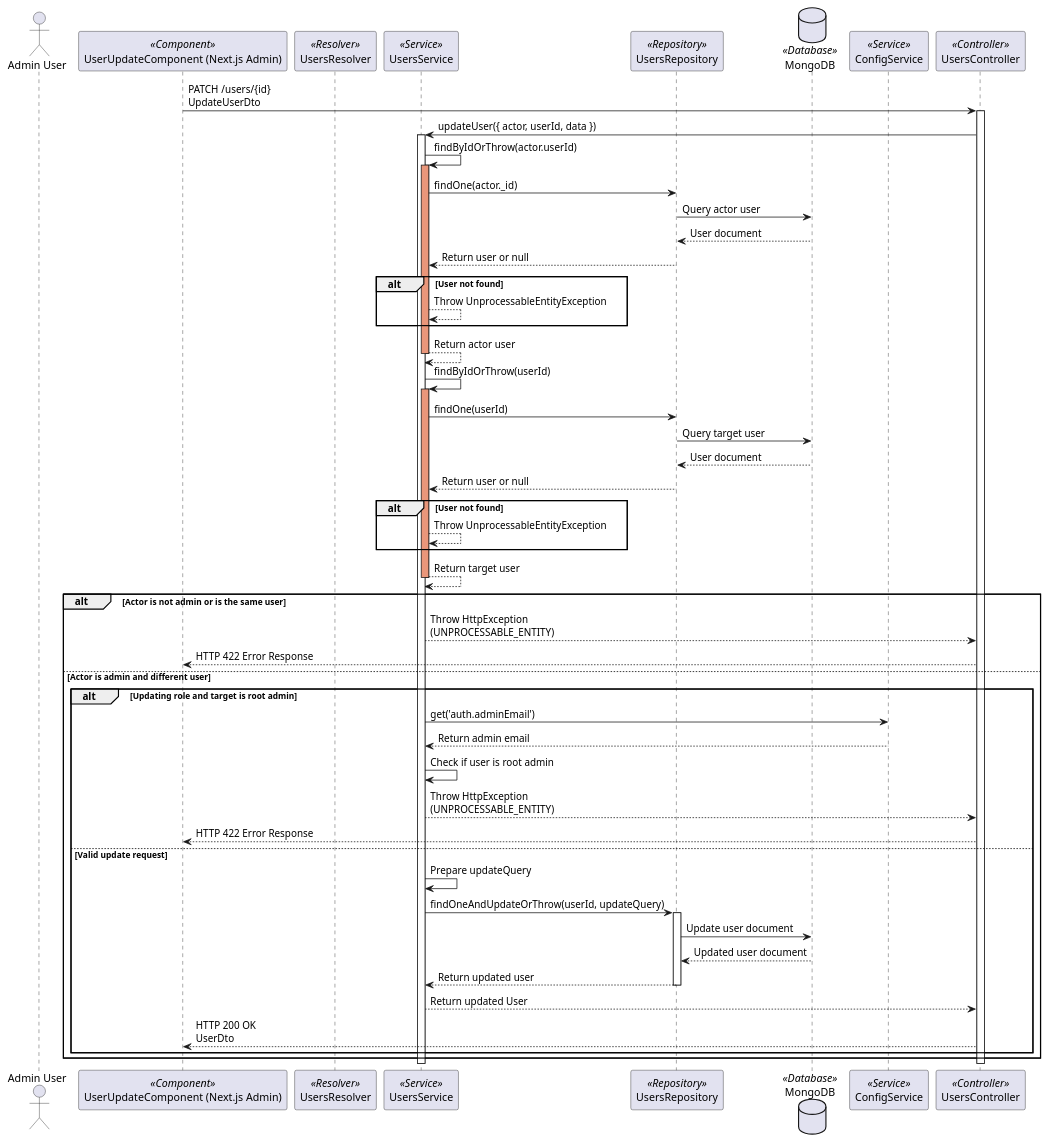
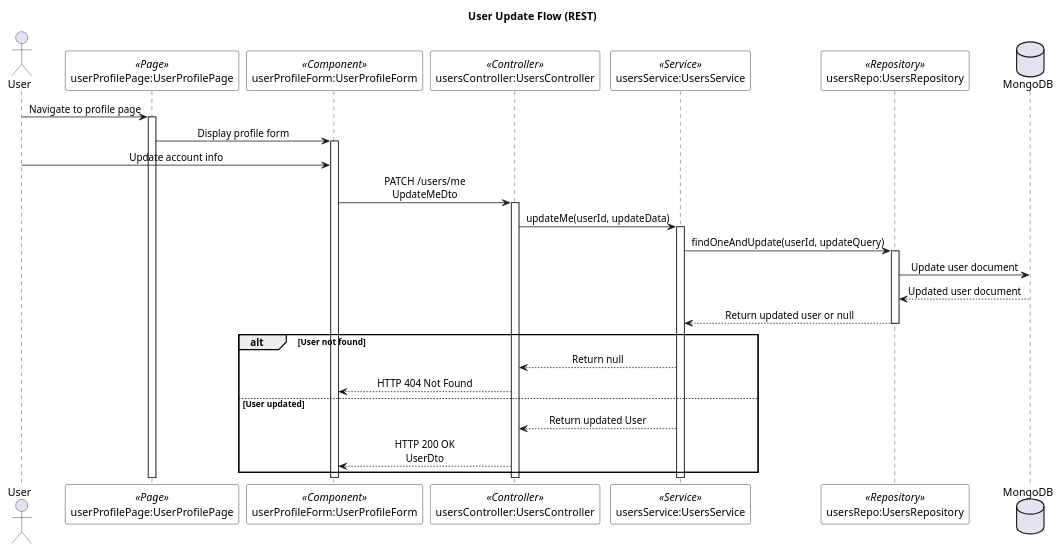
One commit to lehuygiang28/vphim changed the diagram in documents/diagram/sequences/users/user-update-flow.puml. Above: the diagram before and after it, drawn with PlantUML. The commit also changed 7 other files, not shown here.

First line of the commit message:
refactor(diagrams/sequences/users): 🛠️ update user flow diagrams for clarity and consistency

```diff
--- a/documents/diagram/sequences/users/user-update-flow.puml
+++ b/documents/diagram/sequences/users/user-update-flow.puml
@@ -1,74 +1,56 @@
 @startuml User Update Flow
 
-actor "Admin User" as adminUser
-participant "UserUpdateComponent (Next.js Admin)" as userUpdateComponent <<Component>>
-participant "UsersResolver" as usersResolver <<Resolver>>
-participant "UsersService" as usersService <<Service>>
-participant "UsersRepository" as usersRepository <<Repository>>
-database "MongoDB" as mongoDB <<Database>>
-participant "ConfigService" as configService <<Service>>
-participant "UsersController" as usersController <<Controller>>
+skinparam SequenceMessageAlignment center
+skinparam SequenceBoxBackgroundColor white
+skinparam SequenceBoxBorderColor black
+skinparam NoteBackgroundColor lightyellow
+skinparam NoteBorderColor black
+skinparam ParticipantBackgroundColor white
+skinparam ParticipantBorderColor black
 
+title User Update Flow (REST)
 
+actor "User" as user
+participant "userProfilePage:UserProfilePage" as userProfilePage <<Page>>
+participant "userProfileForm:UserProfileForm" as userProfileForm <<Component>>
+participant "usersController:UsersController" as usersController <<Controller>>
+participant "usersService:UsersService" as usersService <<Service>>
+participant "usersRepo:UsersRepository" as usersRepo <<Repository>>
+database "MongoDB" as mongoDB
 
-userUpdateComponent -> usersController: PATCH /users/{id}\nUpdateUserDto
+user -> userProfilePage : Navigate to profile page
+activate userProfilePage
+
+userProfilePage -> userProfileForm : Display profile form
+activate userProfileForm
+
+user -> userProfileForm : Update account info
+
+userProfileForm -> usersController : PATCH /users/me\nUpdateMeDto
 activate usersController
 
-usersController -> usersService: updateUser({ actor, userId, data })
+usersController -> usersService : updateMe(userId, updateData)
 activate usersService
 
-usersService -> usersService: findByIdOrThrow(actor.userId)
-activate usersService #DarkSalmon
-usersService -> usersRepository: findOne(actor._id)
-usersRepository -> mongoDB: Query actor user
-mongoDB --> usersRepository: User document
-usersRepository --> usersService: Return user or null
+usersService -> usersRepo : findOneAndUpdate(userId, updateQuery)
+activate usersRepo
+usersRepo -> mongoDB : Update user document
+mongoDB --> usersRepo : Updated user document
+usersRepo --> usersService : Return updated user or null
+deactivate usersRepo
+
 alt User not found
-    usersService --> usersService: Throw UnprocessableEntityException
-end
-usersService --> usersService: Return actor user
-deactivate usersService
-
-usersService -> usersService: findByIdOrThrow(userId)
-activate usersService #DarkSalmon
-usersService -> usersRepository: findOne(userId)
-usersRepository -> mongoDB: Query target user
-mongoDB --> usersRepository: User document
-usersRepository --> usersService: Return user or null
-alt User not found
-    usersService --> usersService: Throw UnprocessableEntityException
-end
-usersService --> usersService: Return target user
-deactivate usersService
-
-alt Actor is not admin or is the same user
-    usersService --> usersController: Throw HttpException\n(UNPROCESSABLE_ENTITY)
-    usersController --> userUpdateComponent: HTTP 422 Error Response
-else Actor is admin and different user
-    alt Updating role and target is root admin
-        usersService -> configService: get('auth.adminEmail')
-        configService --> usersService: Return admin email
-
-        usersService -> usersService: Check if user is root admin
-
-        usersService --> usersController: Throw HttpException\n(UNPROCESSABLE_ENTITY)
-        usersController --> userUpdateComponent: HTTP 422 Error Response
-    else Valid update request
-        usersService -> usersService: Prepare updateQuery
-
-        usersService -> usersRepository: findOneAndUpdateOrThrow(userId, updateQuery)
-        activate usersRepository
-        usersRepository -> mongoDB: Update user document
-        mongoDB --> usersRepository: Updated user document
-        usersRepository --> usersService: Return updated user
-        deactivate usersRepository
-
-        usersService --> usersController: Return updated User
-        usersController --> userUpdateComponent: HTTP 200 OK\nUserDto
-    end
+    usersService --> usersController : Return null
+    usersController --> userProfileForm : HTTP 404 Not Found
+else User updated
+    usersService --> usersController : Return updated User
+    usersController --> userProfileForm : HTTP 200 OK\nUserDto
 end
 
 deactivate usersService
 deactivate usersController
 
+deactivate userProfileForm
+deactivate userProfilePage
+
 @enduml
```
